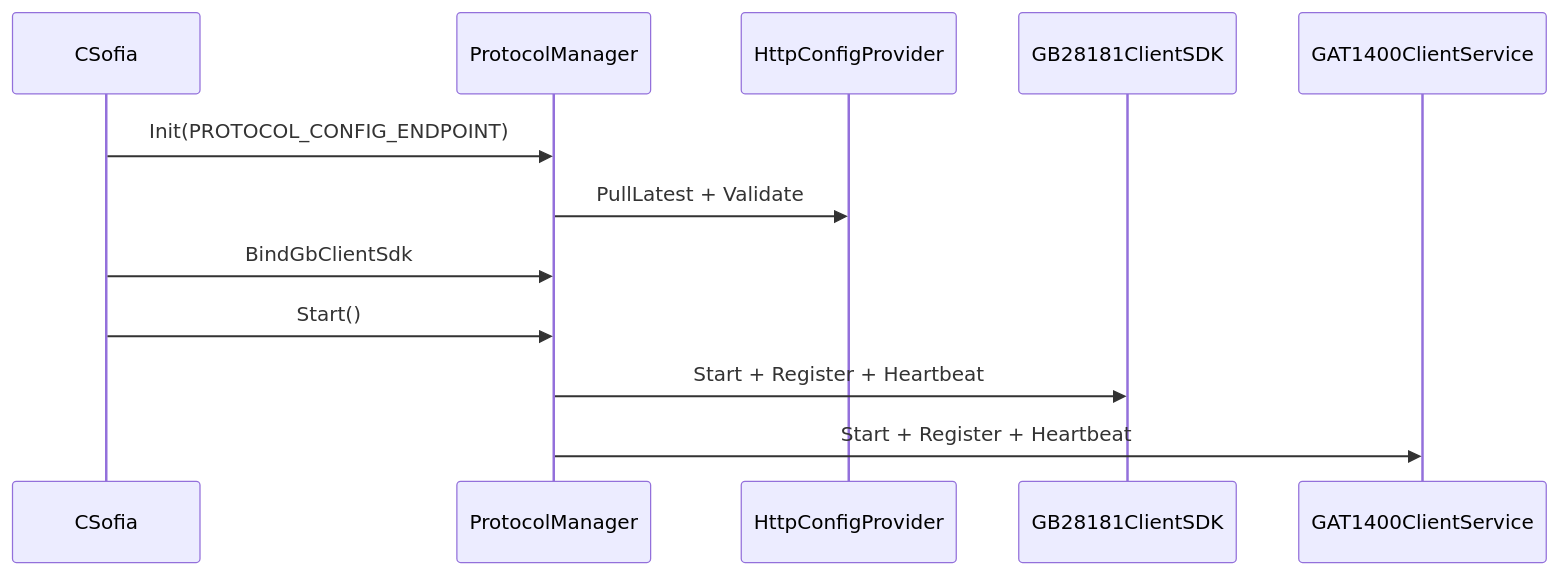
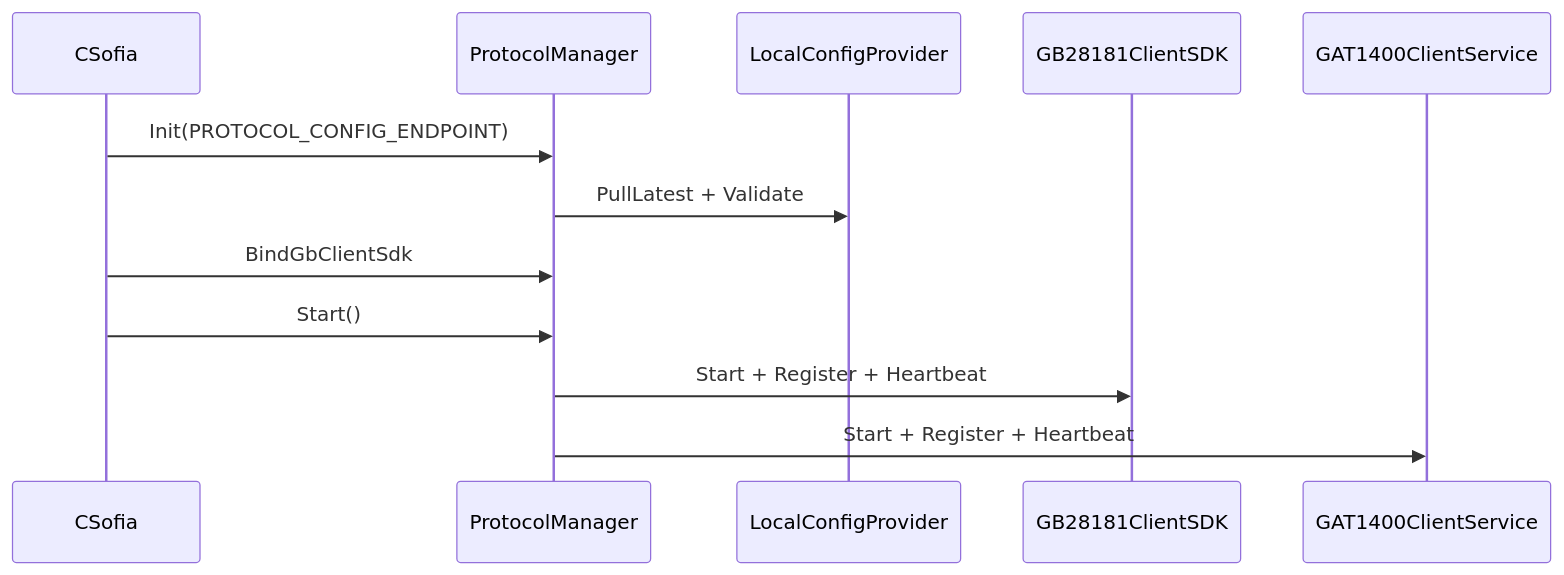
Before and after one commit to lhySilver/rk_gb: the second of 2 diagrams in helloagents/wiki/arch.md, drawn with Mermaid. The commit also changed other lines of this file and 33 other files, not shown here.

````diff
--- a/helloagents/wiki/arch.md
+++ b/helloagents/wiki/arch.md
@@ -29,15 +29,15 @@
 ```mermaid
 sequenceDiagram
     participant Main as CSofia
     participant PM as ProtocolManager
-    participant CFG as HttpConfigProvider
+    participant CFG as LocalConfigProvider
     participant GB as GB28181ClientSDK
     participant GAT as GAT1400ClientService
 
     Main->>PM: Init(PROTOCOL_CONFIG_ENDPOINT)
     PM->>CFG: PullLatest + Validate
     Main->>PM: BindGbClientSdk
     Main->>PM: Start()
     PM->>GB: Start + Register + Heartbeat
     PM->>GAT: Start + Register + Heartbeat
 ```
````
